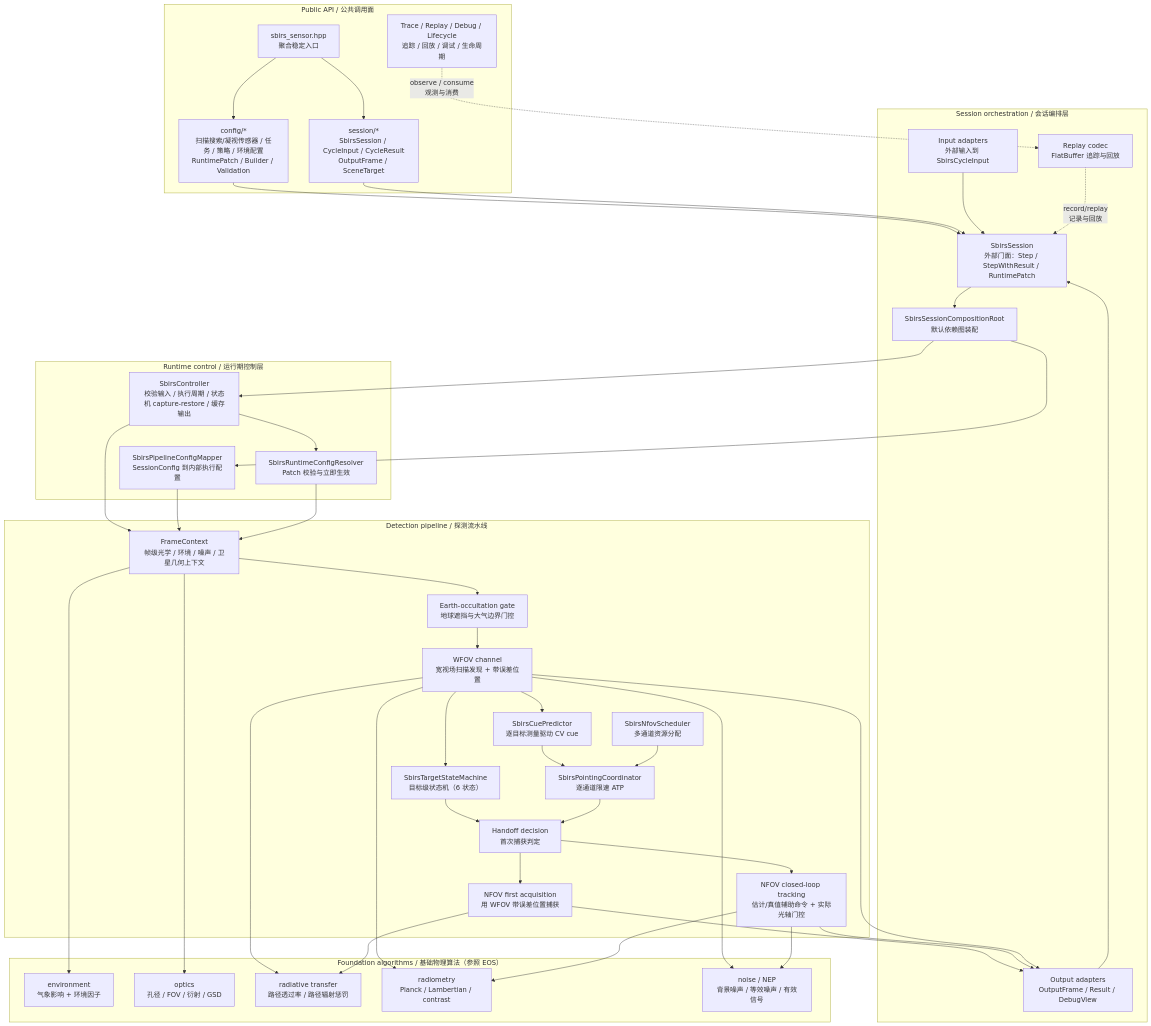
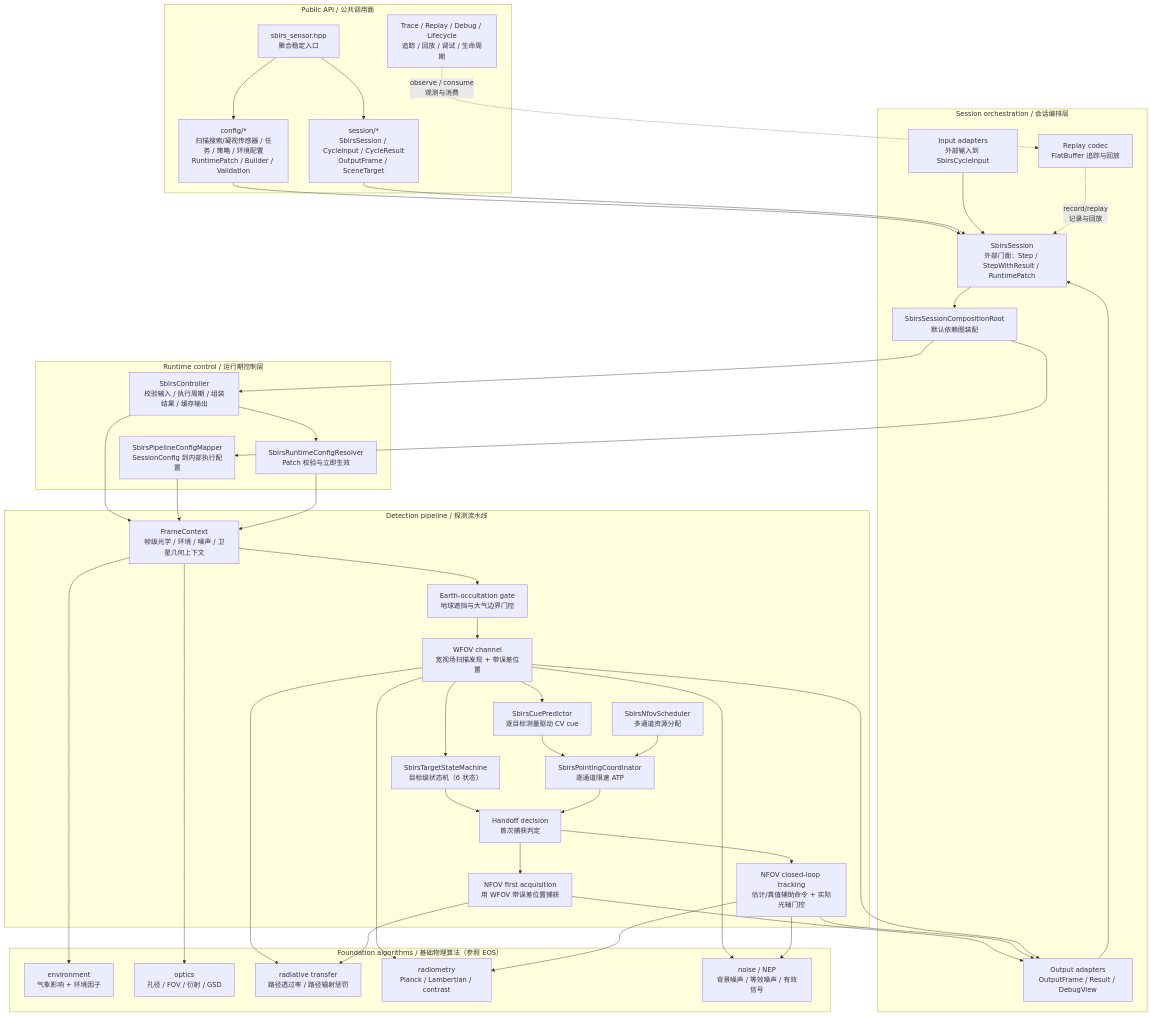
The first of 4 diagrams in docs/space_based_infrared_sensor/design.md (boilwater-3/1q), drawn with Mermaid before and after one commit. The commit also changed other lines of this file and 29 other files, not shown here.

````diff
--- a/docs/space_based_infrared_sensor/design.md
+++ b/docs/space_based_infrared_sensor/design.md
@@ -80,81 +81,81 @@
 ```mermaid
 flowchart TB
   subgraph Public["Public API / 公共调用面"]
     Entry["sbirs_sensor.hpp\n聚合稳定入口"]
     Config["config/*\n扫描搜索/凝视传感器 / 任务 / 策略 / 环境配置\nRuntimePatch / Builder / Validation"]
     SessionApi["session/*\nSbirsSession / CycleInput / CycleResult\nOutputFrame / SceneTarget"]
     Tools["Trace / Replay / Debug / Lifecycle\n追踪 / 回放 / 调试 / 生命周期"]
   end
 
   subgraph Session["Session orchestration / 会话编排层"]
     SbirsSession["SbirsSession\n外部门面：Step / StepWithResult / RuntimePatch"]
     Composition["SbirsSessionCompositionRoot\n默认依赖图装配"]
     InputAdapters["Input adapters\n外部输入到 SbirsCycleInput"]
     OutputAdapters["Output adapters\nOutputFrame / Result / DebugView"]
     ReplayCodec["Replay codec\nFlatBuffer 追踪与回放"]
   end
 
   subgraph Runtime["Runtime control / 运行期控制层"]
-    Controller["SbirsController\n校验输入 / 执行周期 / 状态机 capture-restore / 缓存输出"]
+    Controller["SbirsController\n校验输入 / 执行周期 / 组装结果 / 缓存输出"]
     Mapper["SbirsPipelineConfigMapper\nSessionConfig 到内部执行配置"]
     Resolver["SbirsRuntimeConfigResolver\nPatch 校验与立即生效"]
   end
 
   subgraph Pipeline["Detection pipeline / 探测流水线"]
     FrameCtx["FrameContext\n帧级光学 / 环境 / 噪声 / 卫星几何上下文"]
     Occult["Earth-occultation gate\n地球遮挡与大气边界门控"]
     Wfov["WFOV channel\n宽视场扫描发现 + 带误差位置"]
     StateMachine["SbirsTargetStateMachine\n目标级状态机（6 状态）"]
     Cue["SbirsCuePredictor\n逐目标测量驱动 CV cue"]
     Handoff["Handoff decision\n首次捕获判定"]
     Pointing["SbirsPointingCoordinator\n逐通道限速 ATP"]
     NfovFirst["NFOV first acquisition\n用 WFOV 带误差位置捕获"]
     NfovTrack["NFOV closed-loop tracking\n估计/真值辅助命令 + 实际光轴门控"]
     Scheduler["SbirsNfovScheduler\n多通道资源分配"]
   end
 
   subgraph Foundation["Foundation algorithms / 基础物理算法（参照 EOS）"]
     Env["environment\n气象影响 + 环境因子"]
     Optics["optics\n孔径 / FOV / 衍射 / GSD"]
     Transfer["radiative transfer\n路径透过率 / 路径辐射惩罚"]
     Radiometry["radiometry\nPlanck / Lambertian / contrast"]
     Noise["noise / NEP\n背景噪声 / 等效噪声 / 有效信号"]
   end
 
   Entry --> Config
   Entry --> SessionApi
   Config --> SbirsSession
   SessionApi --> SbirsSession
   Tools -. "observe / consume\n观测与消费" .-> ReplayCodec
   SbirsSession --> Composition
   Composition --> Controller
   Composition --> Mapper
   Controller --> Resolver
   Controller --> FrameCtx
   Mapper --> FrameCtx
   Resolver --> FrameCtx
   InputAdapters --> SbirsSession
   FrameCtx --> Occult
   Occult --> Wfov
   Wfov --> Cue
   Wfov --> StateMachine
   StateMachine --> Handoff
   Cue --> Pointing
   Scheduler --> Pointing
   Pointing --> Handoff
   Handoff --> NfovFirst
   Handoff --> NfovTrack
   NfovFirst --> OutputAdapters
   NfovTrack --> OutputAdapters
   Wfov --> OutputAdapters
   OutputAdapters --> SbirsSession
   ReplayCodec -. "record/replay\n记录与回放" .-> SbirsSession
   FrameCtx --> Env
   FrameCtx --> Optics
   Wfov --> Transfer
   Wfov --> Radiometry
   Wfov --> Noise
   NfovFirst --> Transfer
   NfovTrack --> Radiometry
   NfovTrack --> Noise
 ```
````
